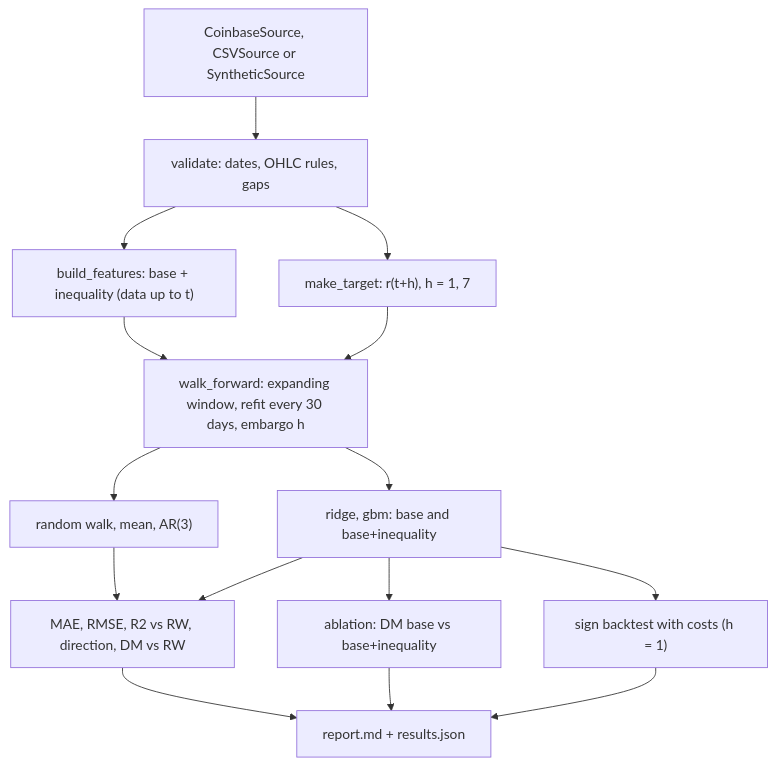
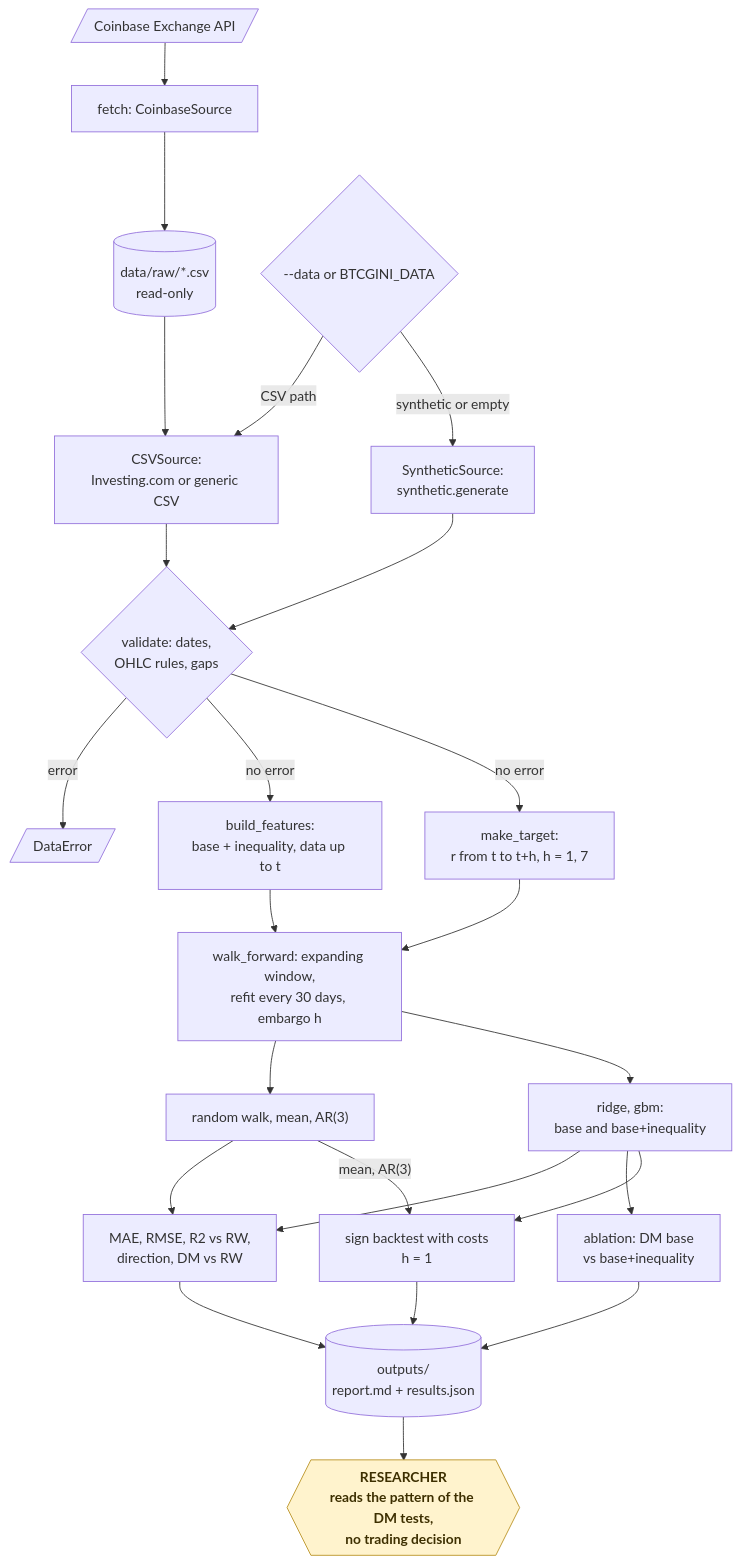
One commit to KrishnaAnnavaram/btc-gini-signal changed the fifth of 20 diagrams in README.md. Above: the diagram before and after it, drawn with Mermaid. The commit also changed other lines of this file, not shown here.

Commit message:
Add the workflow diagrams to the README

````diff
--- a/README.md
+++ b/README.md
@@ -191,17 +250,29 @@
 ```mermaid
-flowchart TB
-    SRC["CoinbaseSource, CSVSource or SyntheticSource"] --> VAL["validate: dates, OHLC rules, gaps"]
-    VAL --> FE["build_features: base + inequality (data up to t)"]
-    VAL --> TG["make_target: r(t+h), h = 1, 7"]
-    FE --> WF["walk_forward: expanding window, refit every 30 days, embargo h"]
+flowchart TD
+    API[/"Coinbase Exchange API"/] --> FETCH["fetch: CoinbaseSource"]
+    FETCH --> RAW[("data/raw/*.csv<br/>read-only")]
+    SRC{"--data or BTCGINI_DATA"} -- "CSV path" --> CSV["CSVSource:<br/>Investing.com or generic CSV"]
+    RAW --> CSV
+    SRC -- "synthetic or empty" --> SYN["SyntheticSource:<br/>synthetic.generate"]
+    CSV --> VAL{"validate: dates,<br/>OHLC rules, gaps"}
+    SYN --> VAL
+    VAL -- "error" --> DE[/"DataError"/]
+    VAL -- "no error" --> FE["build_features:<br/>base + inequality, data up to t"]
+    VAL -- "no error" --> TG["make_target:<br/>r from t to t+h, h = 1, 7"]
+    FE --> WF["walk_forward: expanding window,<br/>refit every 30 days, embargo h"]
     TG --> WF
     WF --> M1["random walk, mean, AR(3)"]
-    WF --> M2["ridge, gbm: base and base+inequality"]
-    M1 --> MET["MAE, RMSE, R2 vs RW, direction, DM vs RW"]
+    WF --> M2["ridge, gbm:<br/>base and base+inequality"]
+    M1 --> MET["MAE, RMSE, R2 vs RW,<br/>direction, DM vs RW"]
     M2 --> MET
-    M2 --> AB["ablation: DM base vs base+inequality"]
-    M2 --> BT["sign backtest with costs (h = 1)"]
-    MET --> REP["report.md + results.json"]
+    M2 --> AB["ablation: DM base<br/>vs base+inequality"]
+    M1 -- "mean, AR(3)" --> BT["sign backtest with costs<br/>h = 1"]
+    M2 --> BT
+    MET --> REP[("outputs/<br/>report.md + results.json")]
     AB --> REP
     BT --> REP
+    REP --> HUM{{"RESEARCHER<br/>reads the pattern of the DM tests,<br/>no trading decision"}}
+
+    classDef human fill:#fff3cd,stroke:#b8901f,color:#3d2f00,font-weight:bold
+    class HUM human
 ```
````
